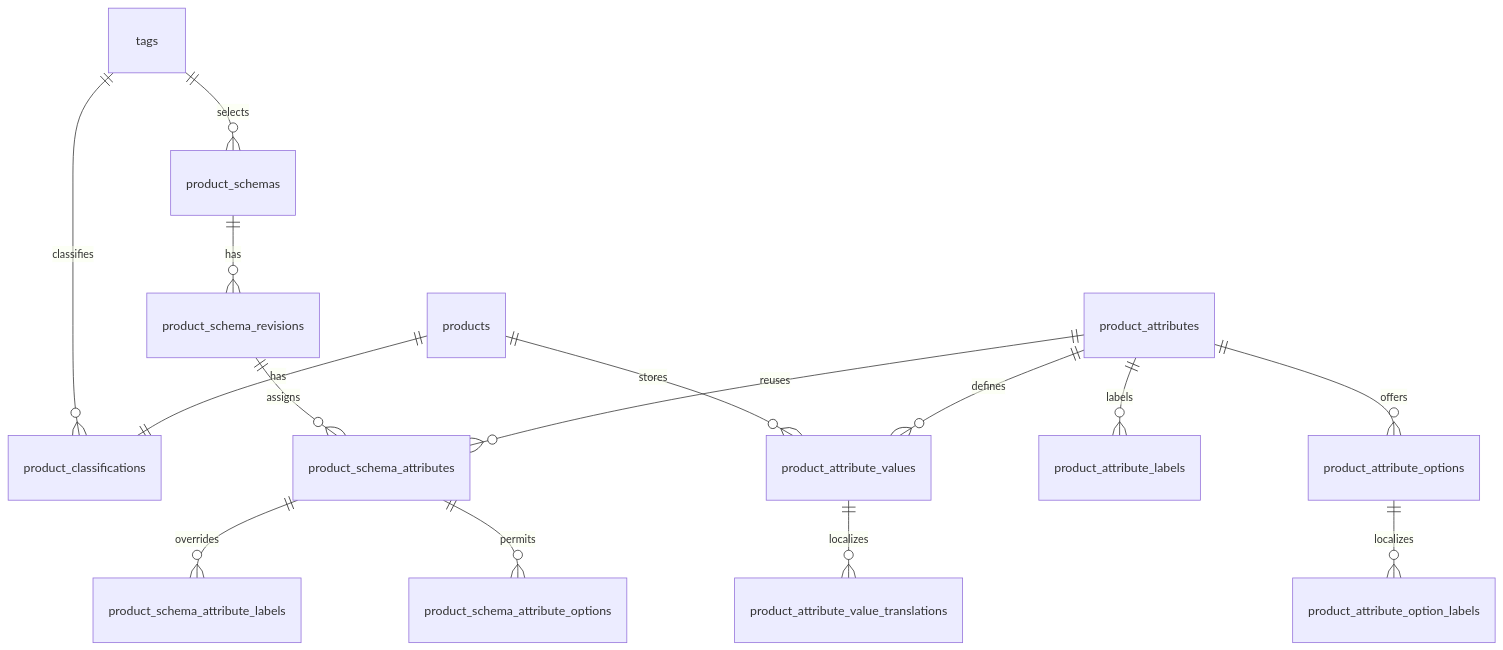
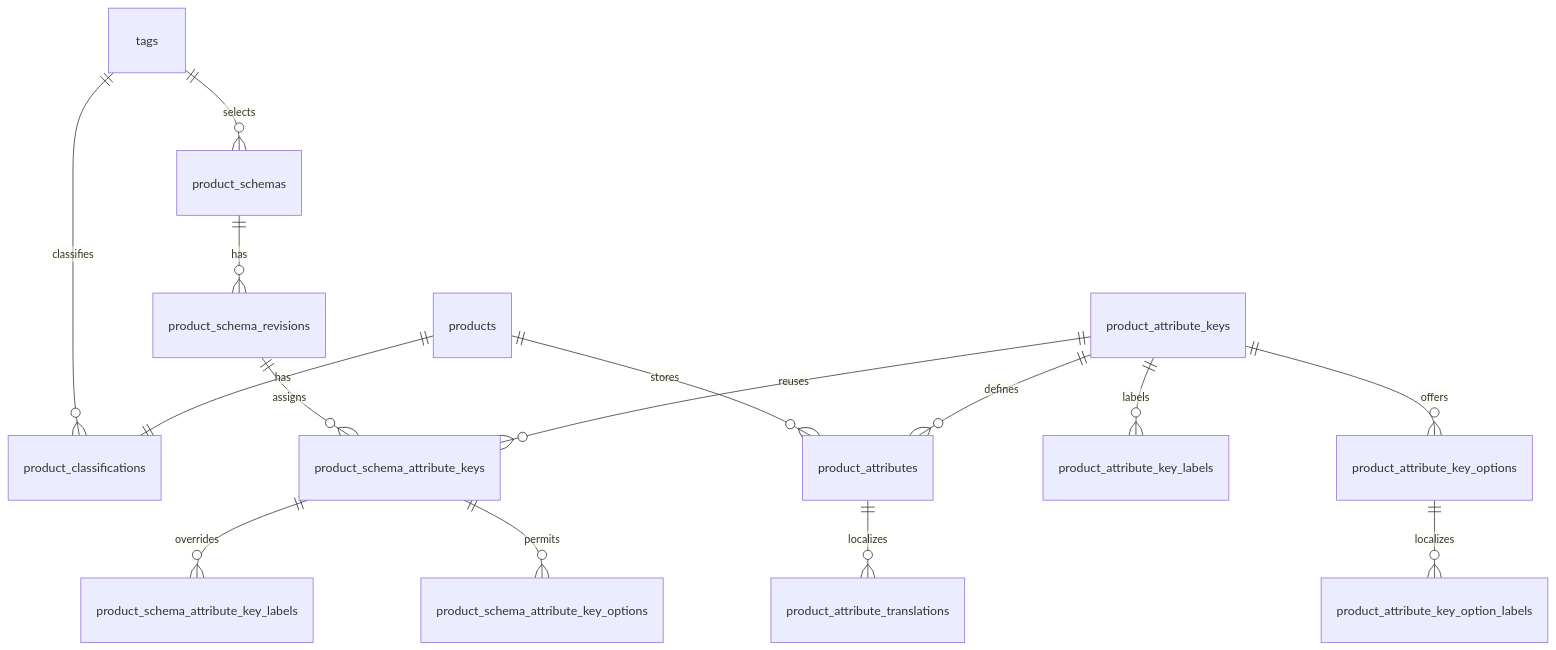
One commit to potzchan6969/grade10-spec changed the diagram in openspec/changes/add-inventory-product-content-types/tech-design.md. Above: the diagram before and after it, drawn with Mermaid. The commit also changed other lines of this file and 5 other files, not shown here.

Commit message:
feat(inventory): distinguish attribute keys from values

````diff
--- a/openspec/changes/add-inventory-product-content-types/tech-design.md
+++ b/openspec/changes/add-inventory-product-content-types/tech-design.md
@@ -233,20 +233,20 @@
 ```mermaid
 erDiagram
   tags ||--o{ product_classifications : classifies
   products ||--|| product_classifications : has
-  products ||--o{ product_attribute_values : stores
-  product_attributes ||--o{ product_attribute_values : defines
-  product_attribute_values ||--o{ product_attribute_value_translations : localizes
+  products ||--o{ product_attributes : stores
+  product_attribute_keys ||--o{ product_attributes : defines
+  product_attributes ||--o{ product_attribute_translations : localizes
 
   tags ||--o{ product_schemas : selects
   product_schemas ||--o{ product_schema_revisions : has
-  product_schema_revisions ||--o{ product_schema_attributes : assigns
-  product_attributes ||--o{ product_schema_attributes : reuses
-  product_schema_attributes ||--o{ product_schema_attribute_labels : overrides
-  product_schema_attributes ||--o{ product_schema_attribute_options : permits
+  product_schema_revisions ||--o{ product_schema_attribute_keys : assigns
+  product_attribute_keys ||--o{ product_schema_attribute_keys : reuses
+  product_schema_attribute_keys ||--o{ product_schema_attribute_key_labels : overrides
+  product_schema_attribute_keys ||--o{ product_schema_attribute_key_options : permits
 
-  product_attributes ||--o{ product_attribute_labels : labels
-  product_attributes ||--o{ product_attribute_options : offers
-  product_attribute_options ||--o{ product_attribute_option_labels : localizes
+  product_attribute_keys ||--o{ product_attribute_key_labels : labels
+  product_attribute_keys ||--o{ product_attribute_key_options : offers
+  product_attribute_key_options ||--o{ product_attribute_key_option_labels : localizes
 
 ```
````
